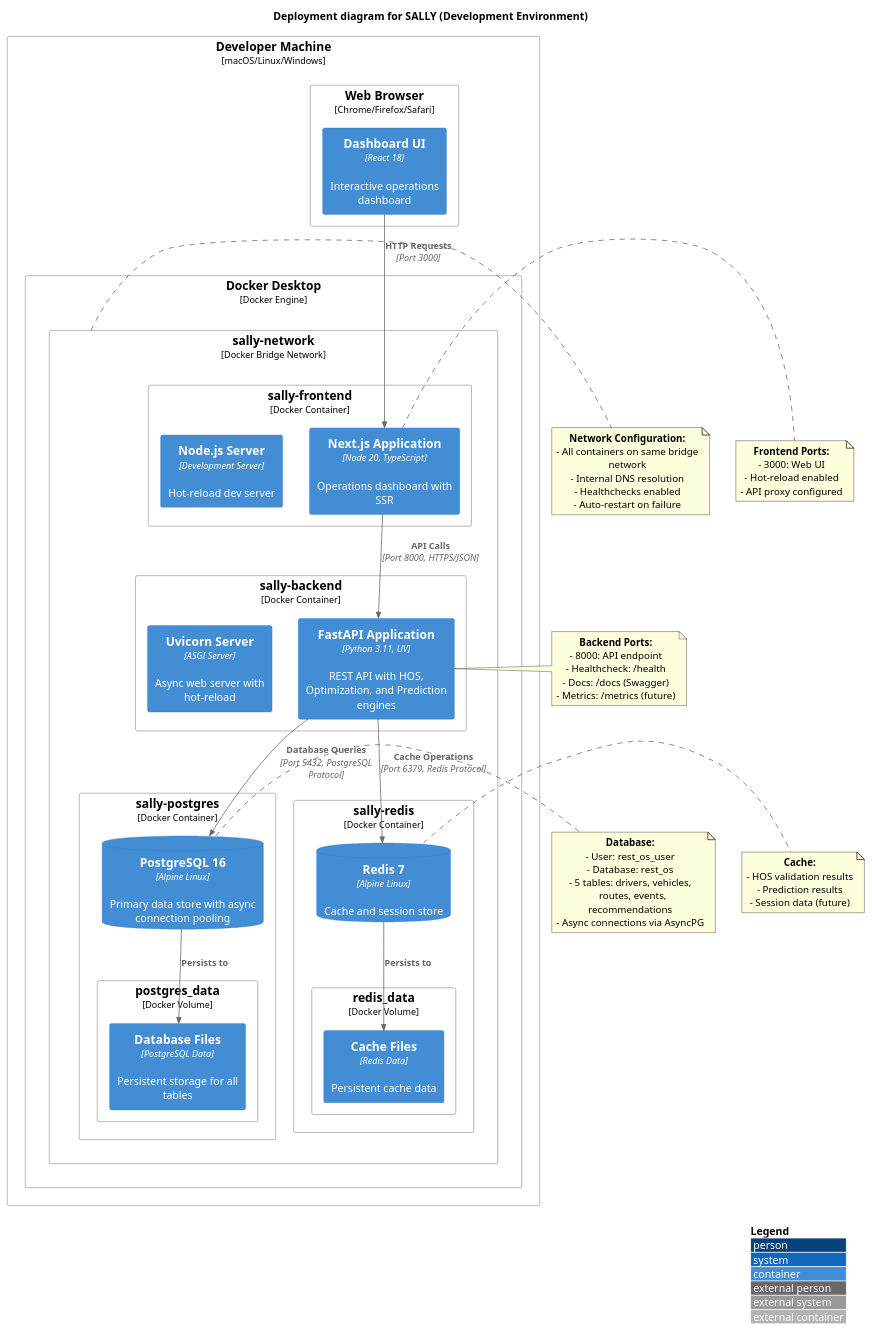
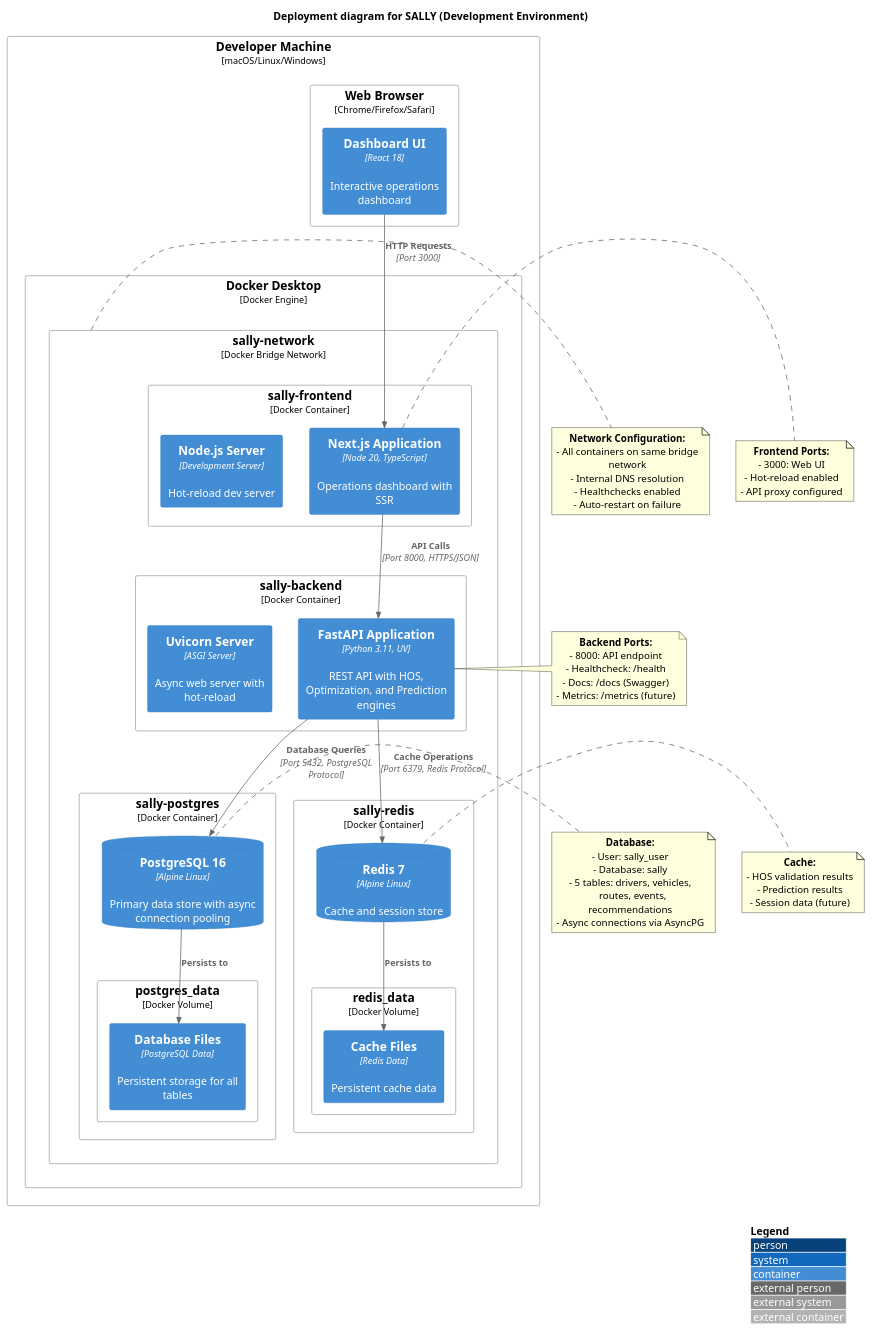
One commit to app-shore/sally changed the diagram in .docs/architecture/deployment-diagram.puml. Above: the diagram before and after it, drawn with PlantUML. The commit also changed 12 other files, not shown here.

```diff
--- a/.docs/architecture/deployment-diagram.puml
+++ b/.docs/architecture/deployment-diagram.puml
@@ -1,90 +1,90 @@
 @startuml Deployment_Diagram
 !include https://raw.githubusercontent.com/plantuml-stdlib/C4-PlantUML/master/C4_Deployment.puml
 
 LAYOUT_WITH_LEGEND()
 
 title Deployment diagram for SALLY (Development Environment)
 
 Deployment_Node(dev_machine, "Developer Machine", "macOS/Linux/Windows") {
     Deployment_Node(docker, "Docker Desktop", "Docker Engine") {
         Deployment_Node(network, "sally-network", "Docker Bridge Network") {
 
             Deployment_Node(postgres_container, "sally-postgres", "Docker Container") {
                 ContainerDb(postgres, "PostgreSQL 16", "Alpine Linux", "Primary data store with async connection pooling")
                 Deployment_Node(pg_volume, "postgres_data", "Docker Volume") {
                     Container(pg_data, "Database Files", "PostgreSQL Data", "Persistent storage for all tables")
                 }
             }
 
             Deployment_Node(redis_container, "sally-redis", "Docker Container") {
                 ContainerDb(redis, "Redis 7", "Alpine Linux", "Cache and session store")
                 Deployment_Node(redis_volume, "redis_data", "Docker Volume") {
                     Container(redis_data, "Cache Files", "Redis Data", "Persistent cache data")
                 }
             }
 
             Deployment_Node(backend_container, "sally-backend", "Docker Container") {
                 Container(fastapi, "FastAPI Application", "Python 3.11, UV", "REST API with HOS, Optimization, and Prediction engines")
                 Container(uvicorn, "Uvicorn Server", "ASGI Server", "Async web server with hot-reload")
             }
 
             Deployment_Node(frontend_container, "sally-frontend", "Docker Container") {
                 Container(nextjs, "Next.js Application", "Node 20, TypeScript", "Operations dashboard with SSR")
                 Container(node_server, "Node.js Server", "Development Server", "Hot-reload dev server")
             }
         }
     }
 
     Deployment_Node(browser, "Web Browser", "Chrome/Firefox/Safari") {
         Container(ui, "Dashboard UI", "React 18", "Interactive operations dashboard")
     }
 }
 
 Rel(ui, nextjs, "HTTP Requests", "Port 3000")
 Rel(nextjs, fastapi, "API Calls", "Port 8000, HTTPS/JSON")
 Rel(fastapi, postgres, "Database Queries", "Port 5432, PostgreSQL Protocol")
 Rel(fastapi, redis, "Cache Operations", "Port 6379, Redis Protocol")
 
 Rel(postgres, pg_data, "Persists to")
 Rel(redis, redis_data, "Persists to")
 
 note right of network
   **Network Configuration:**
   - All containers on same bridge network
   - Internal DNS resolution
   - Healthchecks enabled
   - Auto-restart on failure
 end note
 
 note right of postgres
   **Database:**
-  - User: rest_os_user
-  - Database: rest_os
+  - User: sally_user
+  - Database: sally
   - 5 tables: drivers, vehicles,
     routes, events, recommendations
   - Async connections via AsyncPG
 end note
 
 note right of redis
   **Cache:**
   - HOS validation results
   - Prediction results
   - Session data (future)
 end note
 
 note right of fastapi
   **Backend Ports:**
   - 8000: API endpoint
   - Healthcheck: /health
   - Docs: /docs (Swagger)
   - Metrics: /metrics (future)
 end note
 
 note right of nextjs
   **Frontend Ports:**
   - 3000: Web UI
   - Hot-reload enabled
   - API proxy configured
 end note
 
 @enduml
```
